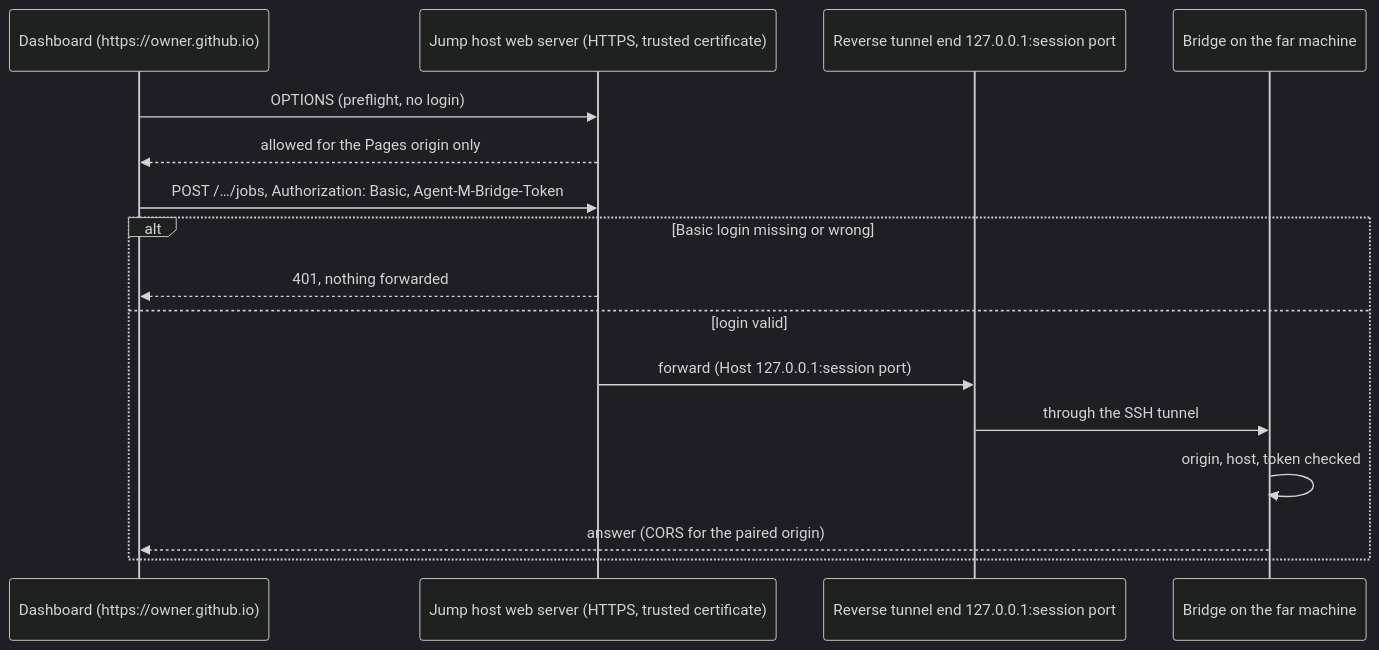
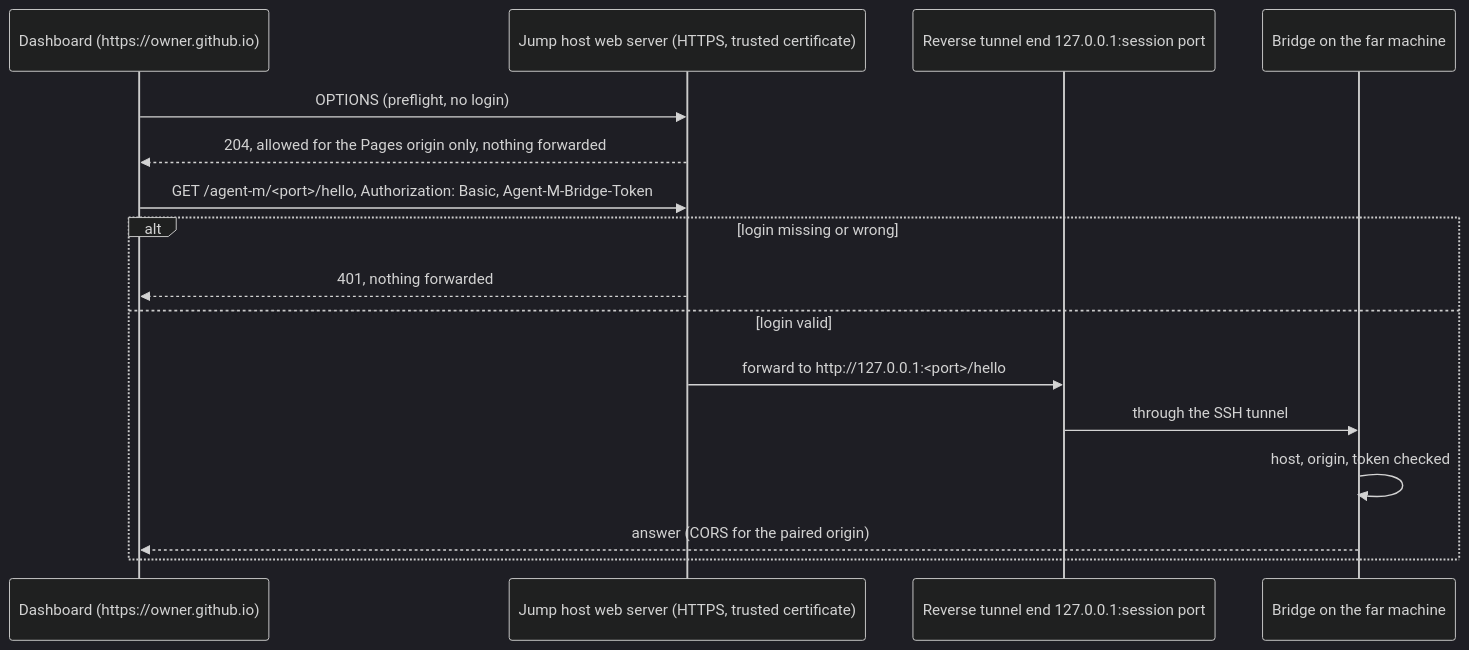
Before and after one commit to akmaier/agent-m: the diagram in docs/architecture/ARC-013-ssh-tunnels-in-the-bridge.md, drawn with Mermaid (dark theme). The commit also changed other lines of this file and 11 other files, not shown here.

````diff
--- a/docs/architecture/ARC-013-ssh-tunnels-in-the-bridge.md
+++ b/docs/architecture/ARC-013-ssh-tunnels-in-the-bridge.md
@@ -110,18 +61,18 @@
 ```mermaid
 sequenceDiagram
     participant D as Dashboard (https://owner.github.io)
     participant W as Jump host web server (HTTPS, trusted certificate)
     participant T as Reverse tunnel end 127.0.0.1:session port
     participant B as Bridge on the far machine
     D->>W: OPTIONS (preflight, no login)
-    W-->>D: allowed for the Pages origin only
-    D->>W: POST /…/jobs, Authorization: Basic, Agent-M-Bridge-Token
-    alt Basic login missing or wrong
+    W-->>D: 204, allowed for the Pages origin only, nothing forwarded
+    D->>W: GET /agent-m/<port>/hello, Authorization: Basic, Agent-M-Bridge-Token
+    alt login missing or wrong
         W-->>D: 401, nothing forwarded
     else login valid
-        W->>T: forward (Host 127.0.0.1:session port)
+        W->>T: forward to http://127.0.0.1:<port>/hello
         T->>B: through the SSH tunnel
-        B->>B: origin, host, token checked
+        B->>B: host, origin, token checked
         B-->>D: answer (CORS for the paired origin)
     end
 ```
````
